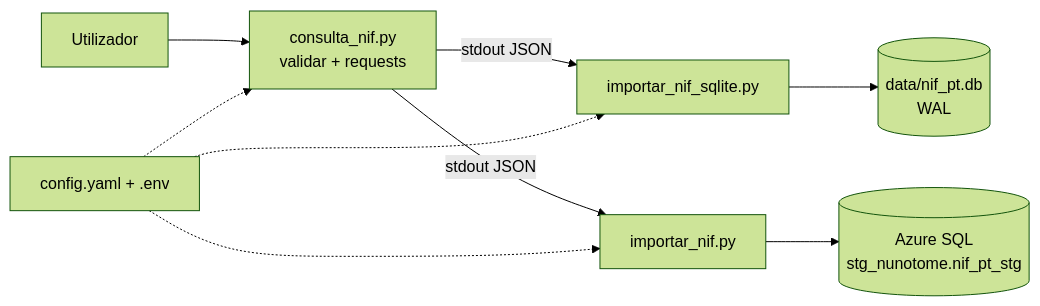
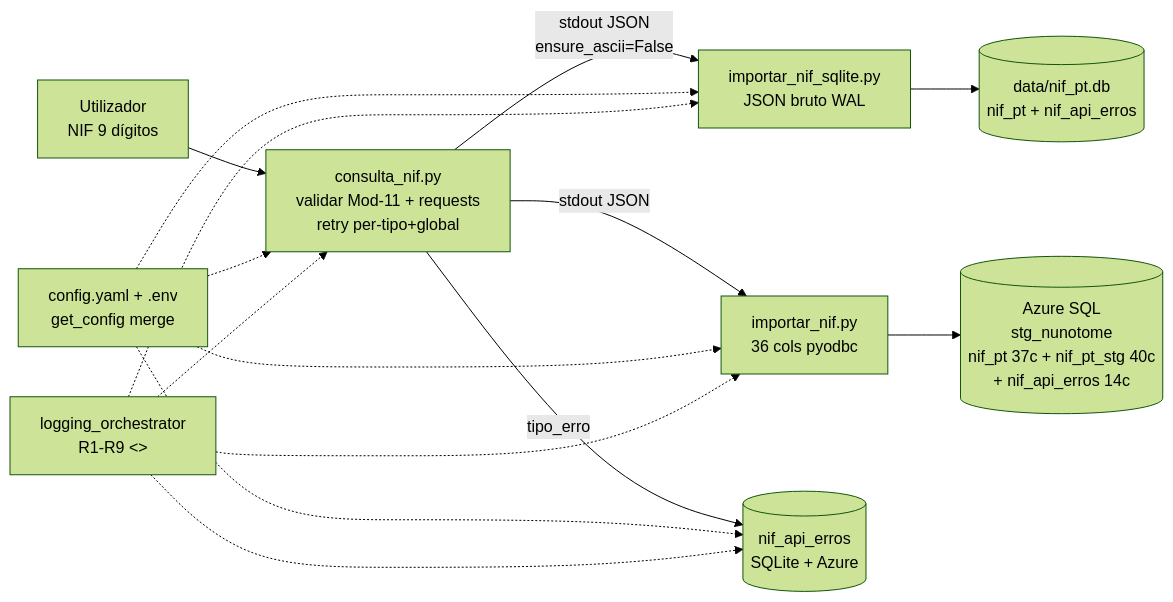
Before and after one commit to nunoetome/nif-pt: the diagram in README.md, drawn with Mermaid (forest theme). The commit also changed other lines of this file and 19 other files, not shown here.

````diff
--- a/README.md
+++ b/README.md
@@ -48,9 +59,11 @@
 ```mermaid
 graph LR
-    U[Utilizador] --> C[consulta_nif.py<br/>validar + requests]
-    C -->|stdout JSON| S[importar_nif_sqlite.py]
-    C -->|stdout JSON| A[importar_nif.py]
-    S --> DB1[(data/nif_pt.db<br/>WAL)]
-    A --> DB2[(Azure SQL<br/>stg_nunotome.nif_pt_stg)]
-    CFG[config.yaml + .env] -.-> C & S & A
+    U[Utilizador<br/>NIF 9 dígitos] --> C[consulta_nif.py<br/>validar Mod-11 + requests<br/>retry per-tipo+global]
+    C -->|stdout JSON<br/>ensure_ascii=False| S[importar_nif_sqlite.py<br/>JSON bruto WAL]
+    C -->|stdout JSON| A[importar_nif.py<br/>36 cols pyodbc]
+    C -->|tipo_erro| E[(nif_api_erros<br/>SQLite + Azure)]
+    S --> DB1[(data/nif_pt.db<br/>nif_pt + nif_api_erros)]
+    A --> DB2[(Azure SQL<br/>stg_nunotome<br/>nif_pt 37c + nif_pt_stg 40c<br/>+ nif_api_erros 14c)]
+    CFG[config.yaml + .env<br/>get_config merge] -.-> C & S & A & E
+    LOG[logging_orchestrator<br/>R1-R9 <<nif-pt>>] -.-> C & S & A & E
 ```
````
